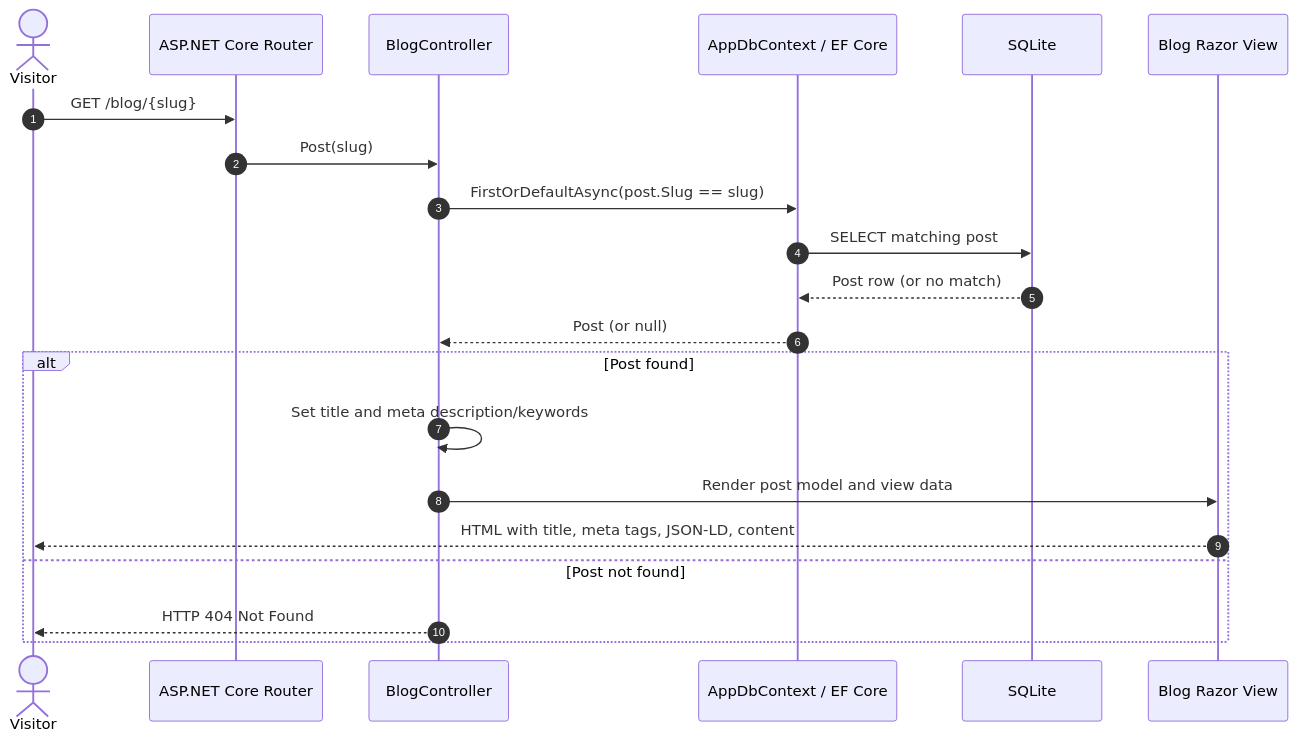
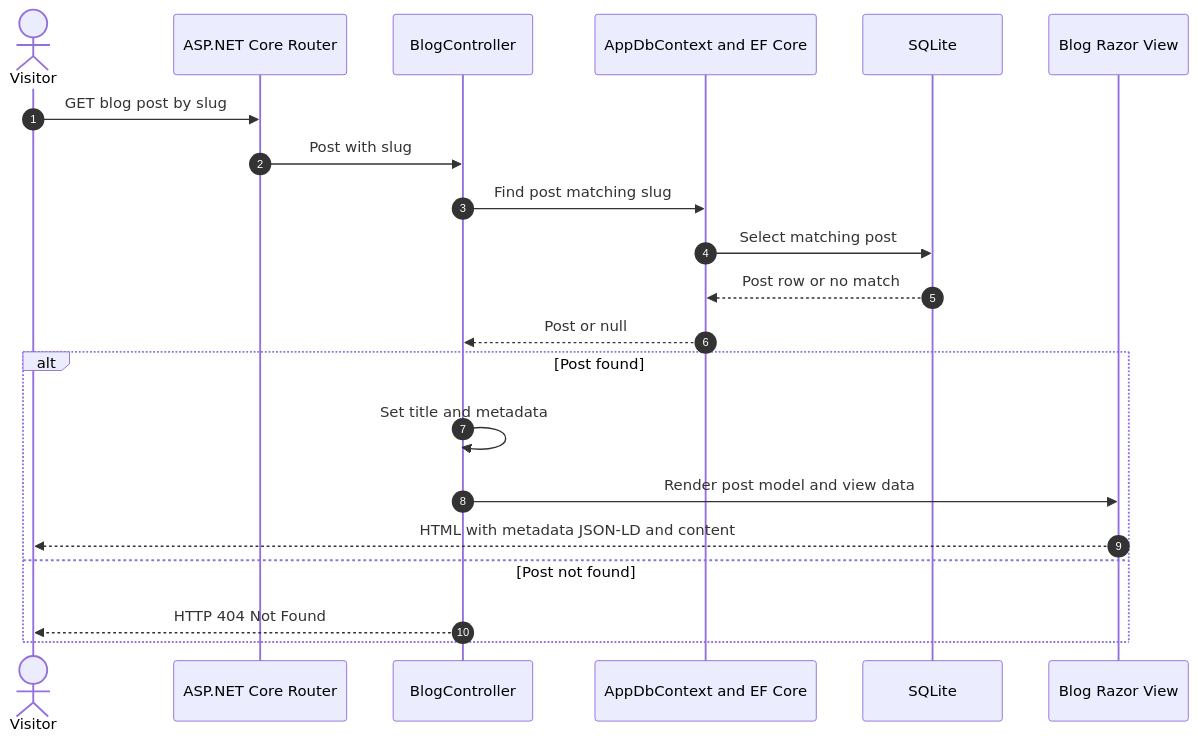
Before and after one commit to hasanmonsur/Why-Develop-SEO-Application: the second of 2 diagrams in README.md, drawn with Mermaid. The commit also changed other lines of this file, not shown here.

Commit message:
Fix Mermaid flowchart rendering in README

````diff
--- a/README.md
+++ b/README.md
@@ -61,24 +61,24 @@
 ```mermaid
 sequenceDiagram
     autonumber
     actor Visitor
     participant Router as ASP.NET Core Router
     participant Controller as BlogController
-    participant Context as AppDbContext / EF Core
+    participant Context as AppDbContext and EF Core
     participant DB as SQLite
     participant View as Blog Razor View
 
-    Visitor->>Router: GET /blog/{slug}
-    Router->>Controller: Post(slug)
-    Controller->>Context: FirstOrDefaultAsync(post.Slug == slug)
-    Context->>DB: SELECT matching post
-    DB-->>Context: Post row (or no match)
-    Context-->>Controller: Post (or null)
+    Visitor->>Router: GET blog post by slug
+    Router->>Controller: Post with slug
+    Controller->>Context: Find post matching slug
+    Context->>DB: Select matching post
+    DB-->>Context: Post row or no match
+    Context-->>Controller: Post or null
     alt Post found
-        Controller->>Controller: Set title and meta description/keywords
+        Controller->>Controller: Set title and metadata
         Controller->>View: Render post model and view data
-        View-->>Visitor: HTML with title, meta tags, JSON-LD, content
+        View-->>Visitor: HTML with metadata JSON-LD and content
     else Post not found
         Controller-->>Visitor: HTTP 404 Not Found
     end
 ```
````
